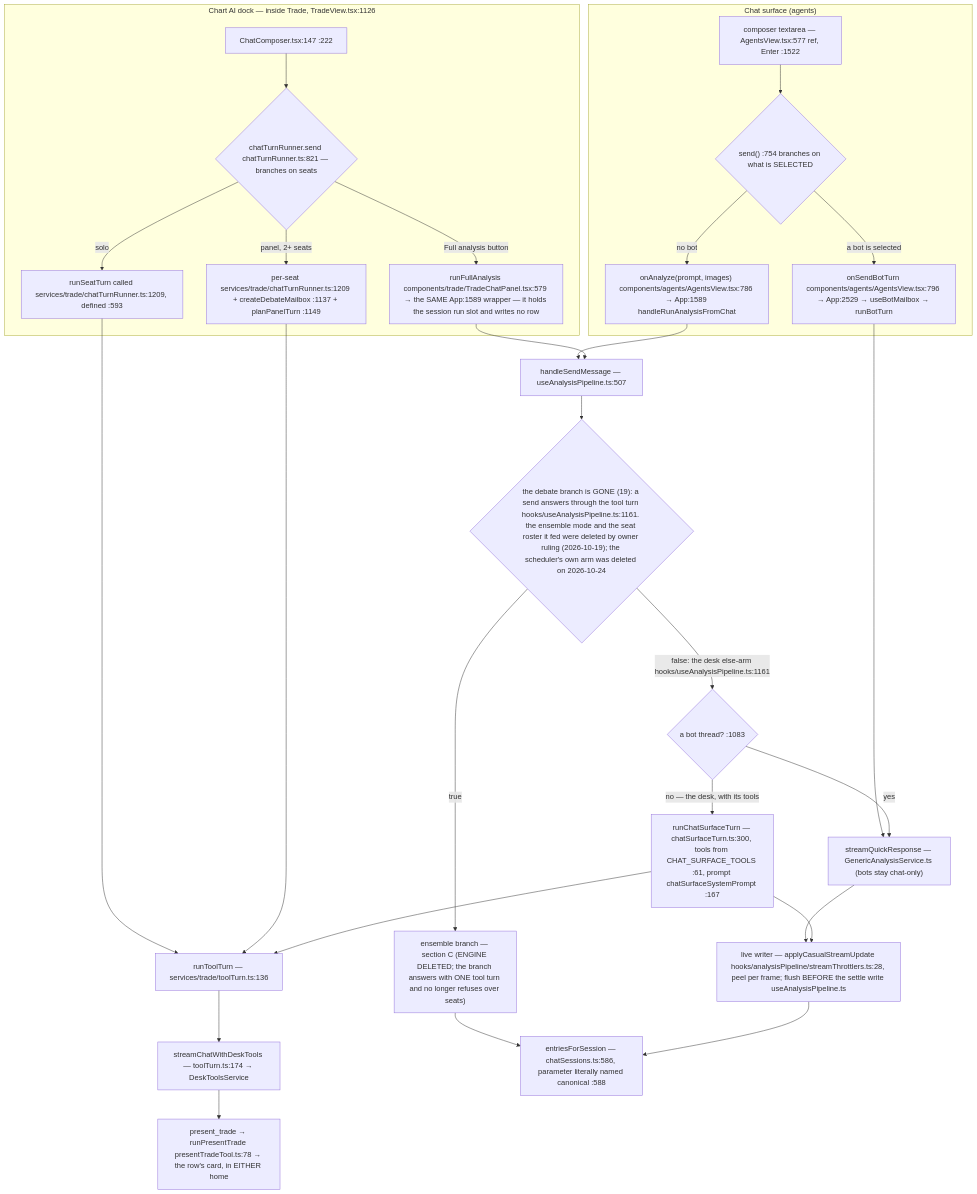
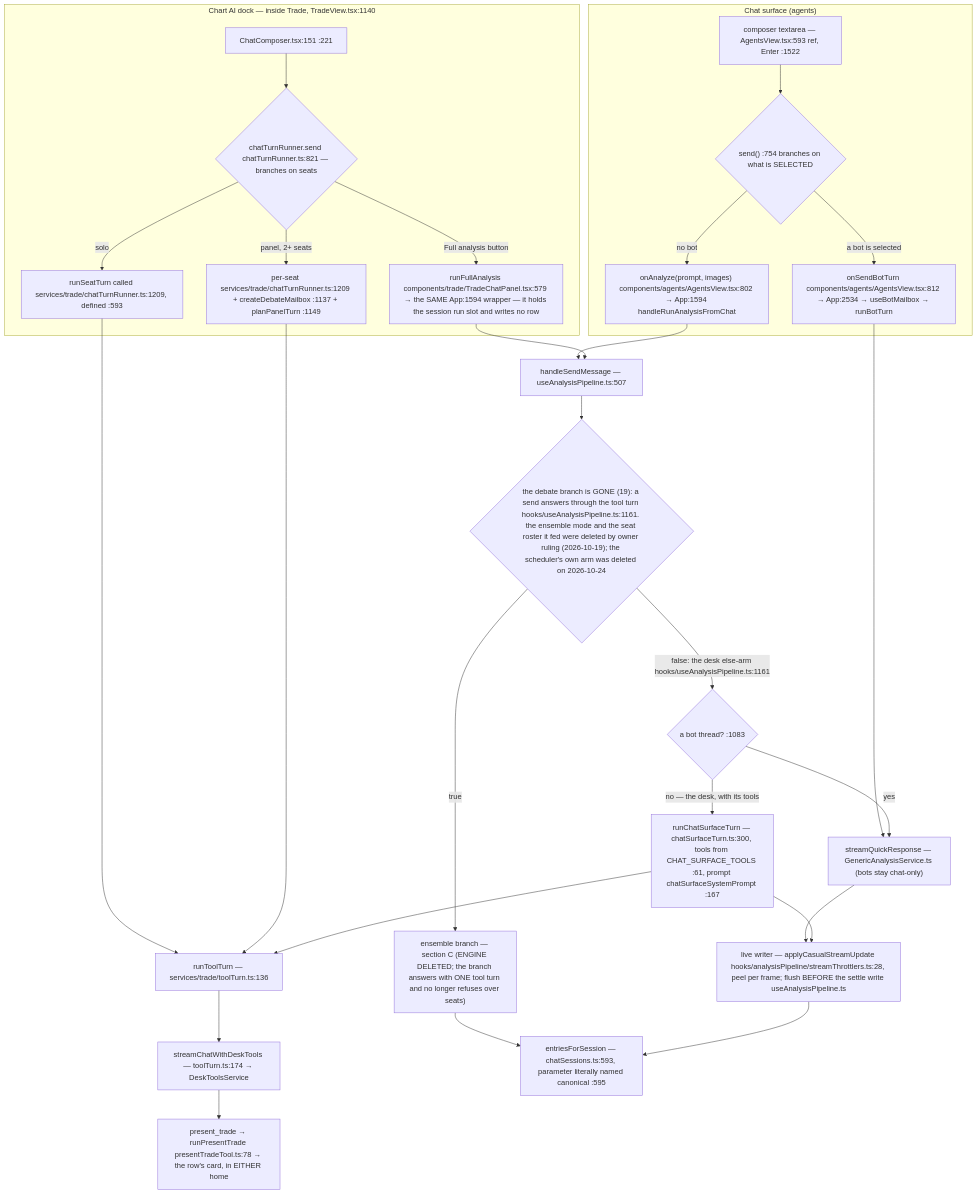
Before and after one commit to Acepay25/august-3.5: the second of 8 diagrams in docs/app-flow.md, drawn with Mermaid. The commit also changed other lines of this file and 43 other files, not shown here.

````diff
--- a/docs/app-flow.md
+++ b/docs/app-flow.md
@@ -78,31 +78,31 @@
 ```mermaid
 flowchart TD
     subgraph CHAT["Chat surface (agents)"]
-        CB["composer textarea — AgentsView.tsx:577 ref, Enter :1522"] --> D1{"send() :754 branches on what is SELECTED"}
-        D1 -->|a bot is selected| BOT["onSendBotTurn components/agents/AgentsView.tsx:796 → App:2529 → useBotMailbox → runBotTurn"]
-        D1 -->|no bot| AN["onAnalyze(prompt, images) components/agents/AgentsView.tsx:786 → App:1589 handleRunAnalysisFromChat"]
+        CB["composer textarea — AgentsView.tsx:593 ref, Enter :1522"] --> D1{"send() :754 branches on what is SELECTED"}
+        D1 -->|a bot is selected| BOT["onSendBotTurn components/agents/AgentsView.tsx:812 → App:2534 → useBotMailbox → runBotTurn"]
+        D1 -->|no bot| AN["onAnalyze(prompt, images) components/agents/AgentsView.tsx:802 → App:1594 handleRunAnalysisFromChat"]
     end
-    subgraph DOCK["Chart AI dock — inside Trade, TradeView.tsx:1126"]
-        DC["ChatComposer.tsx:147 :222"] --> D2{"chatTurnRunner.send chatTurnRunner.ts:821 — branches on seats"}
+    subgraph DOCK["Chart AI dock — inside Trade, TradeView.tsx:1140"]
+        DC["ChatComposer.tsx:151 :221"] --> D2{"chatTurnRunner.send chatTurnRunner.ts:821 — branches on seats"}
         D2 -->|solo| SO["runSeatTurn called services/trade/chatTurnRunner.ts:1209, defined :593"]
         D2 -->|panel, 2+ seats| PN["per-seat services/trade/chatTurnRunner.ts:1209 + createDebateMailbox :1137 + planPanelTurn :1149"]
-        D2 -->|Full analysis button| FA["runFullAnalysis components/trade/TradeChatPanel.tsx:579 → the SAME App:1589 wrapper — it holds the session run slot and writes no row"]
+        D2 -->|Full analysis button| FA["runFullAnalysis components/trade/TradeChatPanel.tsx:579 → the SAME App:1594 wrapper — it holds the session run slot and writes no row"]
     end
     SO --> TT["runToolTurn — services/trade/toolTurn.ts:136"]
     PN --> TT
     TT --> SCDT["streamChatWithDeskTools — toolTurn.ts:174 → DeskToolsService"]
     BOT --> TR["streamQuickResponse — GenericAnalysisService.ts (bots stay chat-only)"]
     AN --> HSM["handleSendMessage — useAnalysisPipeline.ts:507"]
     FA --> HSM
     HSM --> D3{"the debate branch is GONE (19): a send answers through the tool turn hooks/useAnalysisPipeline.ts:1161. the ensemble mode and the seat roster it fed were deleted by owner ruling (2026-10-19); the scheduler's own arm was deleted on 2026-10-24"}
     D3 -->|true| ENS["ensemble branch — section C (ENGINE DELETED; the branch answers with ONE tool turn and no longer refuses over seats)"]
     D3 -->|false: the desk else-arm hooks/useAnalysisPipeline.ts:1161| SPLIT{"a bot thread? :1083"}
     SPLIT -->|yes| TR
     SPLIT -->|no — the desk, with its tools| CST["runChatSurfaceTurn — chatSurfaceTurn.ts:300, tools from CHAT_SURFACE_TOOLS :61, prompt chatSurfaceSystemPrompt :167"]
     CST --> TT
     TR --> LW["live writer — applyCasualStreamUpdate hooks/analysisPipeline/streamThrottlers.ts:28, peel per frame; flush BEFORE the settle write useAnalysisPipeline.ts"]
     CST --> LW
     ENS --> MERGE
-    LW --> MERGE["entriesForSession — chatSessions.ts:586, parameter literally named canonical :588"]
+    LW --> MERGE["entriesForSession — chatSessions.ts:593, parameter literally named canonical :595"]
     SCDT --> PT["present_trade → runPresentTrade presentTradeTool.ts:78 → the row's card, in EITHER home"]
 ```
````
